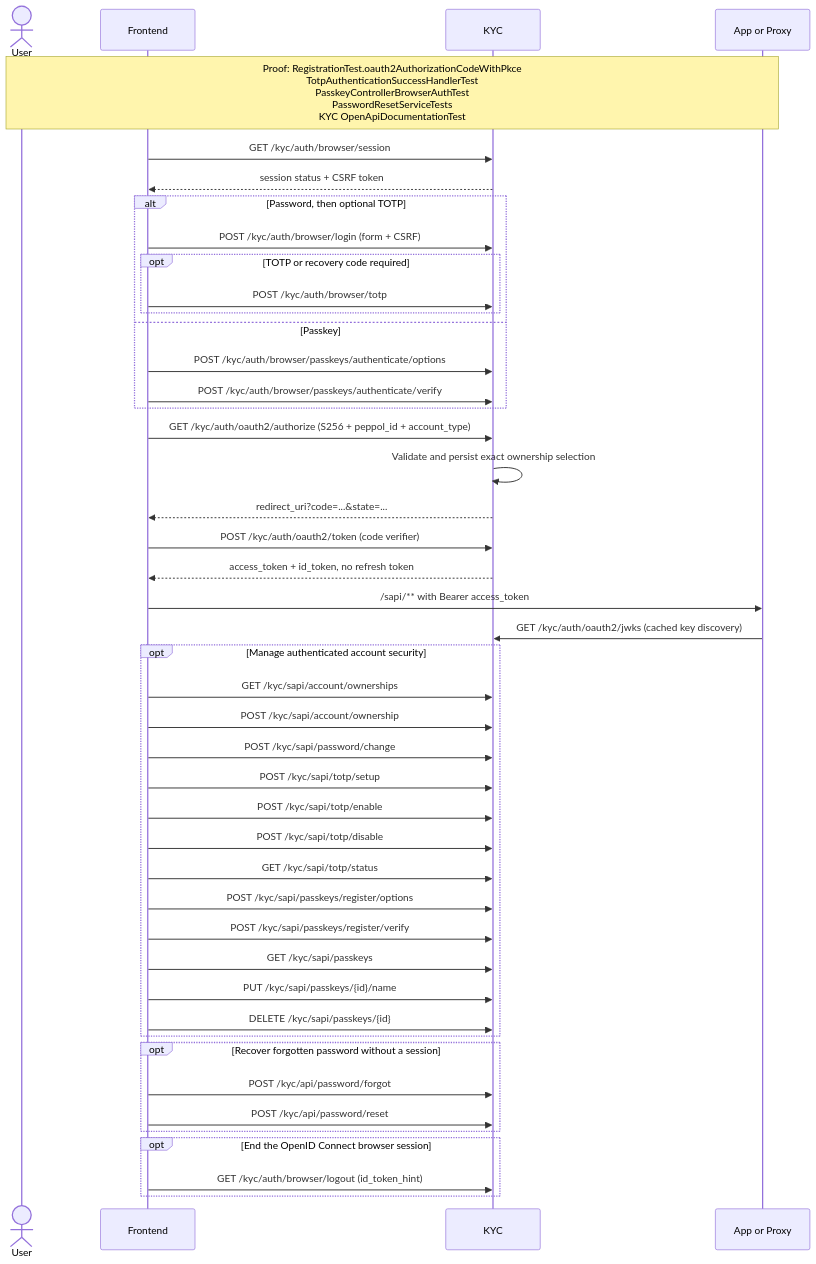
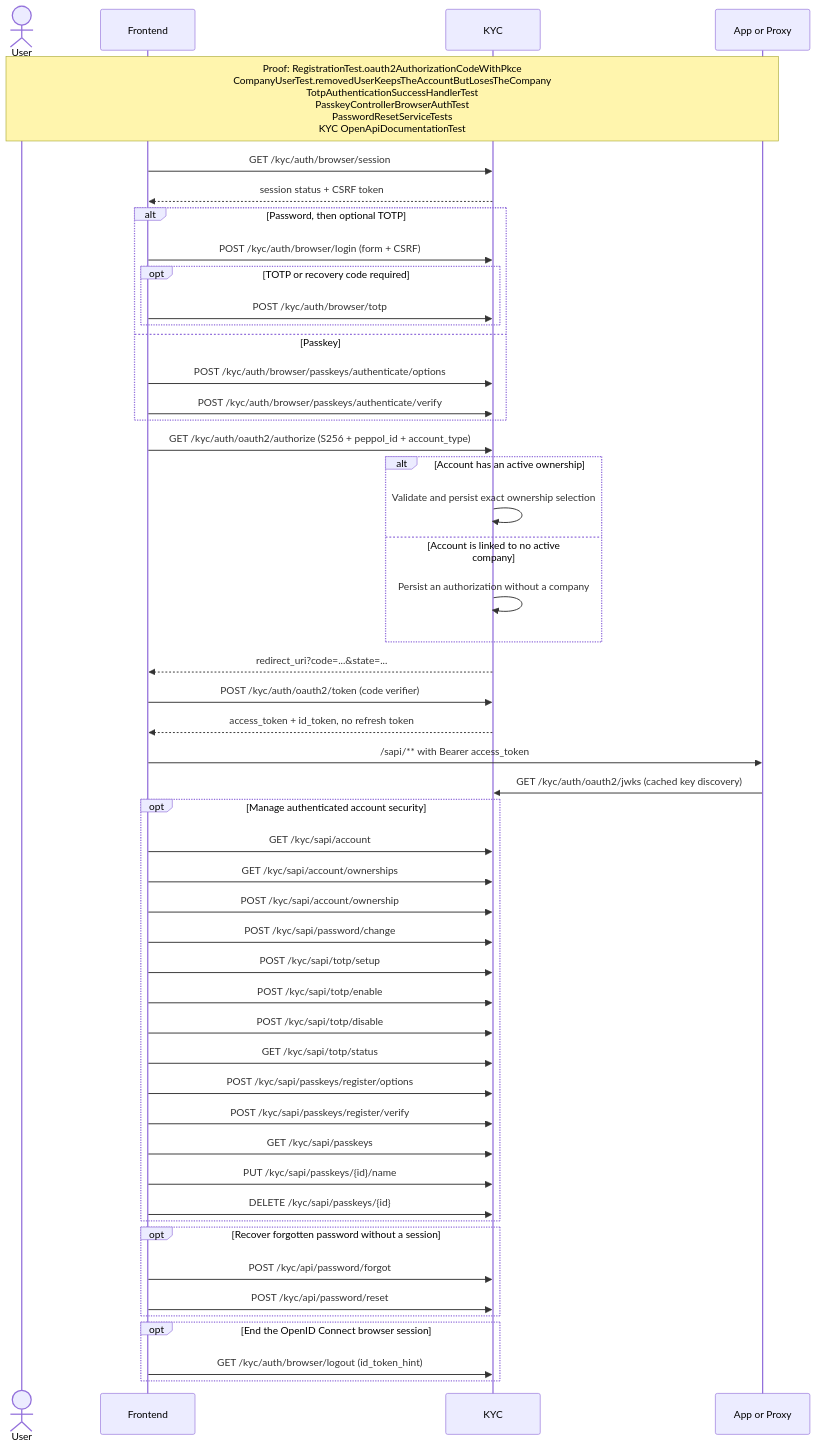
One commit to letspeppol/letspeppol changed the diagram in readme/api-authentication-and-account-security.md. Above: the diagram before and after it, drawn with Mermaid. The commit also changed other lines of this file and 61 other files, not shown here.

Commit message:
feat: settings page, add company for every user and sign-in without a company

````diff
--- a/readme/api-authentication-and-account-security.md
+++ b/readme/api-authentication-and-account-security.md
@@ -9,49 +9,54 @@
 ```mermaid
 sequenceDiagram
     actor User
     participant UI as Frontend
     participant KYC
     participant API as App or Proxy
 
-    Note over User,API: Proof: RegistrationTest.oauth2AuthorizationCodeWithPkce<br/>TotpAuthenticationSuccessHandlerTest<br/>PasskeyControllerBrowserAuthTest<br/>PasswordResetServiceTests<br/>KYC OpenApiDocumentationTest
+    Note over User,API: Proof: RegistrationTest.oauth2AuthorizationCodeWithPkce<br/>CompanyUserTest.removedUserKeepsTheAccountButLosesTheCompany<br/>TotpAuthenticationSuccessHandlerTest<br/>PasskeyControllerBrowserAuthTest<br/>PasswordResetServiceTests<br/>KYC OpenApiDocumentationTest
     UI->>KYC: GET /kyc/auth/browser/session
     KYC-->>UI: session status + CSRF token
     alt Password, then optional TOTP
         UI->>KYC: POST /kyc/auth/browser/login (form + CSRF)
         opt TOTP or recovery code required
             UI->>KYC: POST /kyc/auth/browser/totp
         end
     else Passkey
         UI->>KYC: POST /kyc/auth/browser/passkeys/authenticate/options
         UI->>KYC: POST /kyc/auth/browser/passkeys/authenticate/verify
     end
     UI->>KYC: GET /kyc/auth/oauth2/authorize (S256 + peppol_id + account_type)
-    KYC->>KYC: Validate and persist exact ownership selection
+    alt Account has an active ownership
+        KYC->>KYC: Validate and persist exact ownership selection
+    else Account is linked to no active company
+        KYC->>KYC: Persist an authorization without a company
+    end
     KYC-->>UI: redirect_uri?code=...&state=...
     UI->>KYC: POST /kyc/auth/oauth2/token (code verifier)
     KYC-->>UI: access_token + id_token, no refresh token
     UI->>API: /sapi/** with Bearer access_token
     API->>KYC: GET /kyc/auth/oauth2/jwks (cached key discovery)
 
     opt Manage authenticated account security
+        UI->>KYC: GET /kyc/sapi/account
         UI->>KYC: GET /kyc/sapi/account/ownerships
         UI->>KYC: POST /kyc/sapi/account/ownership
         UI->>KYC: POST /kyc/sapi/password/change
         UI->>KYC: POST /kyc/sapi/totp/setup
         UI->>KYC: POST /kyc/sapi/totp/enable
         UI->>KYC: POST /kyc/sapi/totp/disable
         UI->>KYC: GET /kyc/sapi/totp/status
         UI->>KYC: POST /kyc/sapi/passkeys/register/options
         UI->>KYC: POST /kyc/sapi/passkeys/register/verify
         UI->>KYC: GET /kyc/sapi/passkeys
         UI->>KYC: PUT /kyc/sapi/passkeys/{id}/name
         UI->>KYC: DELETE /kyc/sapi/passkeys/{id}
     end
     opt Recover forgotten password without a session
         UI->>KYC: POST /kyc/api/password/forgot
         UI->>KYC: POST /kyc/api/password/reset
     end
     opt End the OpenID Connect browser session
         UI->>KYC: GET /kyc/auth/browser/logout (id_token_hint)
     end
 ```
````
